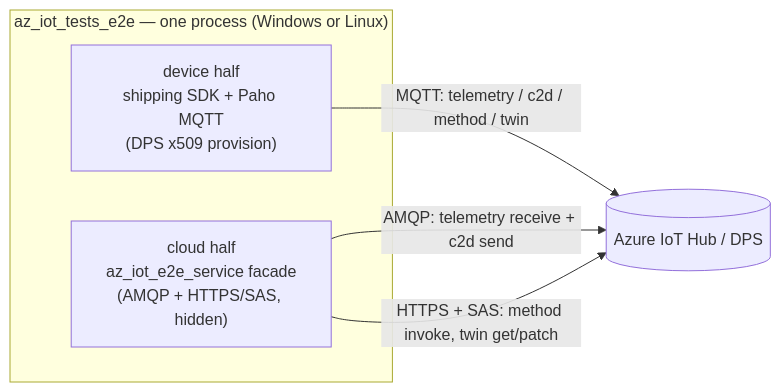
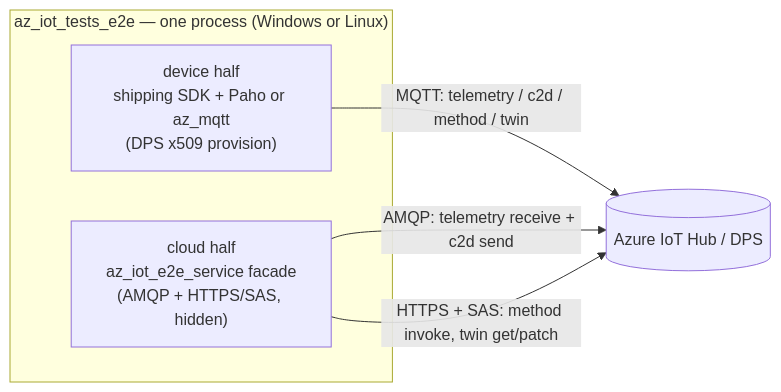
The diagram in c/docs/eng/end-to-end-tests.md (Azure/azure-iot-sdk), drawn with Mermaid before and after one commit. The commit also changed other lines of this file and 19 other files, not shown here.

First line of the commit message:
[C] Run the end-to-end suites over Paho and az_mqtt

````diff
--- a/c/docs/eng/end-to-end-tests.md
+++ b/c/docs/eng/end-to-end-tests.md
@@ -37,10 +37,10 @@
 ```mermaid
 flowchart LR
     subgraph Proc["az_iot_tests_e2e — one process (Windows or Linux)"]
-        Device["device half<br/>shipping SDK + Paho MQTT<br/>(DPS x509 provision)"]
+        Device["device half<br/>shipping SDK + Paho or az_mqtt<br/>(DPS x509 provision)"]
         Service["cloud half<br/>az_iot_e2e_service facade<br/>(AMQP + HTTPS/SAS, hidden)"]
     end
     Device -- "MQTT: telemetry / c2d / method / twin" --> Azure[("Azure IoT Hub / DPS")]
     Service -- "AMQP: telemetry receive + c2d send" --> Azure
     Service -- "HTTPS + SAS: method invoke, twin get/patch" --> Azure
 ```
````
